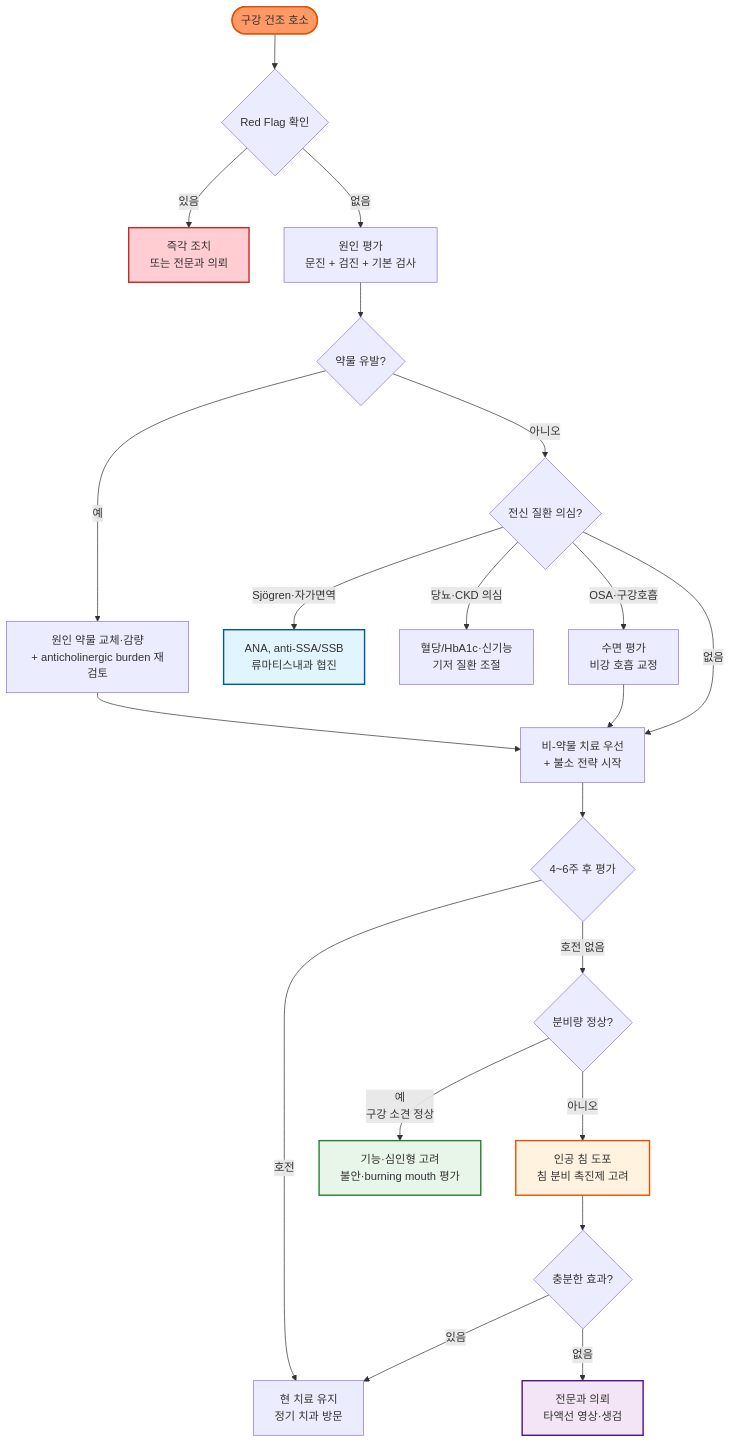
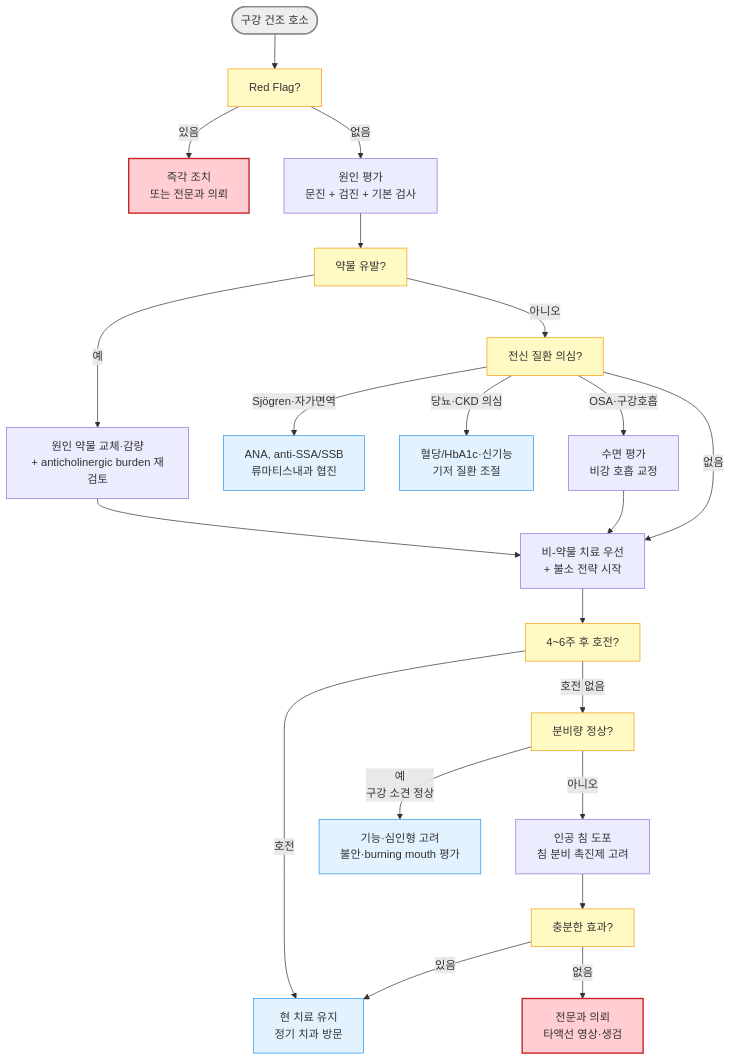
One commit to familyoh77/familyoh77 changed the diagram in 222_/056_-dry-mouth-xerostomia.md. Above: the diagram before and after it, drawn with Mermaid. The commit also changed other lines of this file, not shown here.

````diff
--- a/222_/056_-dry-mouth-xerostomia.md
+++ b/222_/056_-dry-mouth-xerostomia.md
@@ -150,30 +150,31 @@
 ```mermaid
 graph TD
-    A([구강 건조 호소]) --> B{Red Flag 확인}
-    B -- 있음 --> C[즉각 조치\n또는 전문과 의뢰]
-    B -- 없음 --> D[원인 평가\n문진 + 검진 + 기본 검사]
-    D --> E{약물 유발?}
-    E -- 예 --> F[원인 약물 교체·감량\n+ anticholinergic burden 재검토]
-    E -- 아니오 --> G{전신 질환 의심?}
-    G -- Sjögren·자가면역 --> H[ANA, anti-SSA/SSB\n류마티스내과 협진]
-    G -- 당뇨·CKD 의심 --> I[혈당/HbA1c·신기능\n기저 질환 조절]
-    G -- OSA·구강호흡 --> P[수면 평가\n비강 호흡 교정]
-    G -- 없음 --> J[비-약물 치료 우선\n+ 불소 전략 시작]
+    A([구강 건조 호소]) --> B[Red Flag?]
+    B -- 있음 --> C[즉각 조치<br/>또는 전문과 의뢰]
+    B -- 없음 --> D[원인 평가<br/>문진 + 검진 + 기본 검사]
+    D --> E[약물 유발?]
+    E -- 예 --> F[원인 약물 교체·감량<br/>+ anticholinergic burden 재검토]
+    E -- 아니오 --> G[전신 질환 의심?]
+    G -- Sjögren·자가면역 --> H[ANA, anti-SSA/SSB<br/>류마티스내과 협진]
+    G -- 당뇨·CKD 의심 --> I[혈당/HbA1c·신기능<br/>기저 질환 조절]
+    G -- OSA·구강호흡 --> P[수면 평가<br/>비강 호흡 교정]
+    G -- 없음 --> J[비-약물 치료 우선<br/>+ 불소 전략 시작]
     F --> J
     P --> J
-    J --> K{4~6주 후 평가}
-    K -- 호전 --> M[현 치료 유지\n정기 치과 방문]
-    K -- 호전 없음 --> Q{분비량 정상?}
-    Q -- 예\n구강 소견 정상 --> R[기능·심인형 고려\n불안·burning mouth 평가]
-    Q -- 아니오 --> L[인공 침 도포\n침 분비 촉진제 고려]
-    L --> N{충분한 효과?}
+    J --> K[4~6주 후 호전?]
+    K -- 호전 --> M[현 치료 유지<br/>정기 치과 방문]
+    K -- 호전 없음 --> Q[분비량 정상?]
+    Q -- 예<br/>구강 소견 정상 --> R[기능·심인형 고려<br/>불안·burning mouth 평가]
+    Q -- 아니오 --> L[인공 침 도포<br/>침 분비 촉진제 고려]
+    L --> N[충분한 효과?]
     N -- 있음 --> M
-    N -- 없음 --> O[전문과 의뢰\n타액선 영상·생검]
+    N -- 없음 --> O[전문과 의뢰<br/>타액선 영상·생검]
 
-    style A fill:#f96,stroke:#e65100,stroke-width:2px
+    style A fill:#eeeeee,stroke:#888888,stroke-width:2px
+    classDef yellow fill:#fff9c4,stroke:#f39c12
+    class B,E,G,K,Q,N yellow
+    classDef sky fill:#e3f2ff,stroke:#2196f3
+    class H,I,R,M sky
     style C fill:#ffcdd2,stroke:#c62828,stroke-width:2px
-    style H fill:#e1f5fe,stroke:#01579b,stroke-width:2px
-    style L fill:#fff3e0,stroke:#e65100,stroke-width:2px
-    style O fill:#f3e5f5,stroke:#4a148c,stroke-width:2px
-    style R fill:#e8f5e9,stroke:#2e7d32,stroke-width:2px
+    style O fill:#ffcdd2,stroke:#c62828,stroke-width:2px
 ```
````
